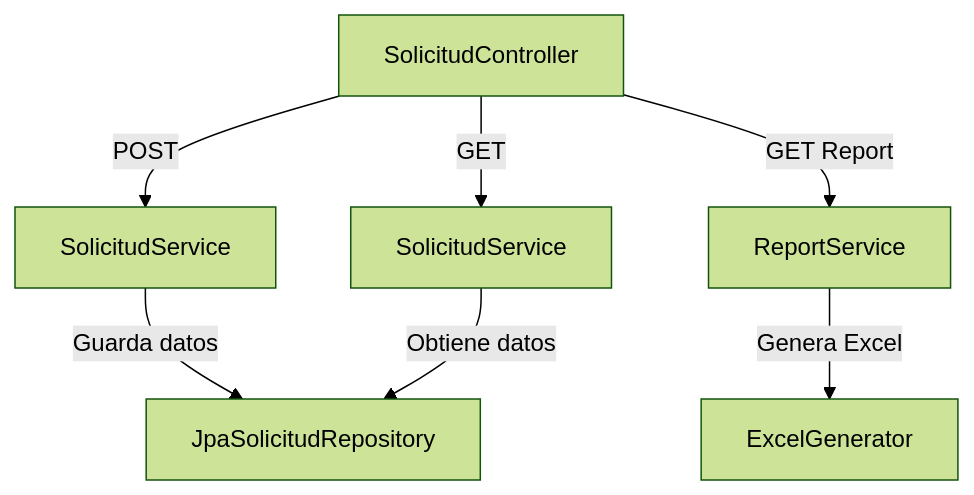
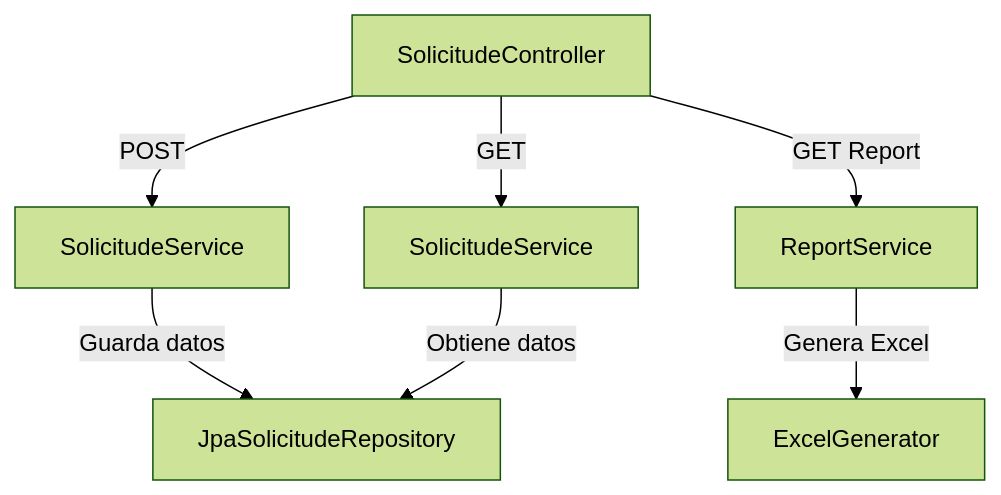
Before and after one commit to Jcogollohernandez12/caja_compenzacion: the diagram in README.md, drawn with Mermaid (forest theme). The commit also changed other lines of this file and 6 other files, not shown here.

````diff
--- a/README.md
+++ b/README.md
@@ -119,9 +119,9 @@
 ```mermaid
 graph TD
-    A[SolicitudController] -->|POST| B[SolicitudService]
-    B -->|Guarda datos| C[JpaSolicitudRepository]
-    A -->|GET| D[SolicitudService]
+    A[SolicitudeController] -->|POST| B[SolicitudeService]
+    B -->|Guarda datos| C[JpaSolicitudeRepository]
+    A -->|GET| D[SolicitudeService]
     D -->|Obtiene datos| C
     A -->|GET Report| E[ReportService]
     E -->|Genera Excel| F[ExcelGenerator]
 ```
````
